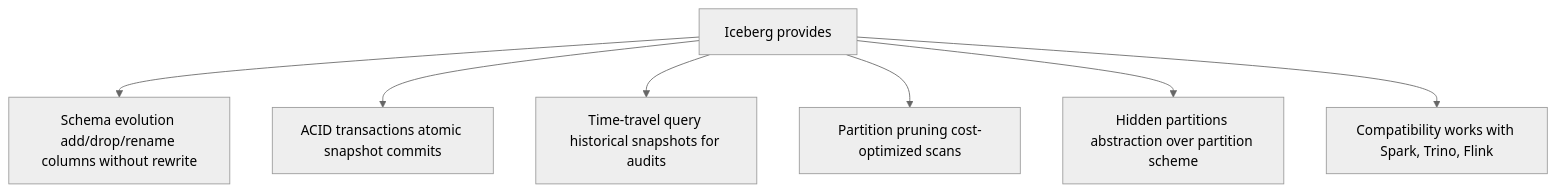
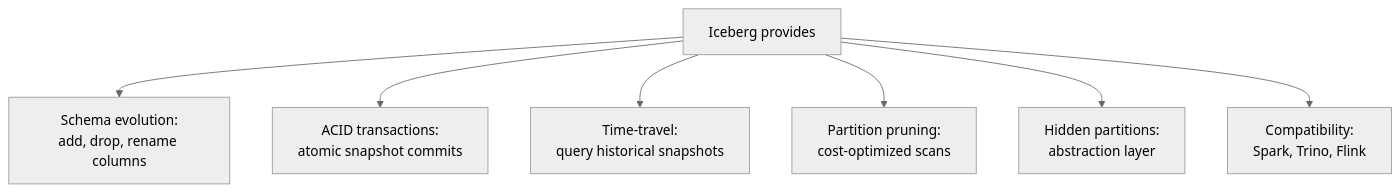
Before and after one commit to naren-chakraview/chakraview-fintech-data-mesh: the first of 2 diagrams in docs/adrs/ADR-0002-iceberg.md, drawn with Mermaid (neutral theme). The commit also changed other lines of this file and 21 other files, not shown here.

First line of the commit message:
Fix mermaid diagram rendering issues in fintech data mesh documentation

````diff
--- a/docs/adrs/ADR-0002-iceberg.md
+++ b/docs/adrs/ADR-0002-iceberg.md
@@ -26,10 +26,10 @@
 ```mermaid
 graph TD
     A["Iceberg provides"]
-    A --> A1["Schema evolution add/drop/rename columns without rewrite"]
-    A --> A2["ACID transactions atomic snapshot commits"]
-    A --> A3["Time-travel query historical snapshots for audits"]
-    A --> A4["Partition pruning cost-optimized scans"]
-    A --> A5["Hidden partitions abstraction over partition scheme"]
-    A --> A6["Compatibility works with Spark, Trino, Flink"]
+    A --> A1["Schema evolution:<br/>add, drop, rename columns"]
+    A --> A2["ACID transactions:<br/>atomic snapshot commits"]
+    A --> A3["Time-travel:<br/>query historical snapshots"]
+    A --> A4["Partition pruning:<br/>cost-optimized scans"]
+    A --> A5["Hidden partitions:<br/>abstraction layer"]
+    A --> A6["Compatibility:<br/>Spark, Trino, Flink"]
 ```
````
